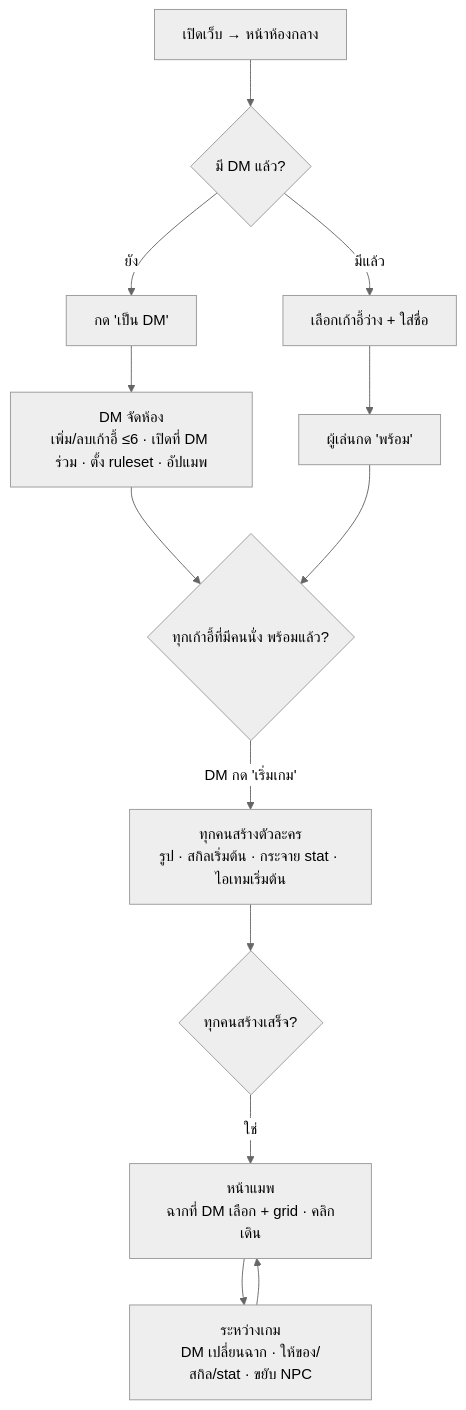
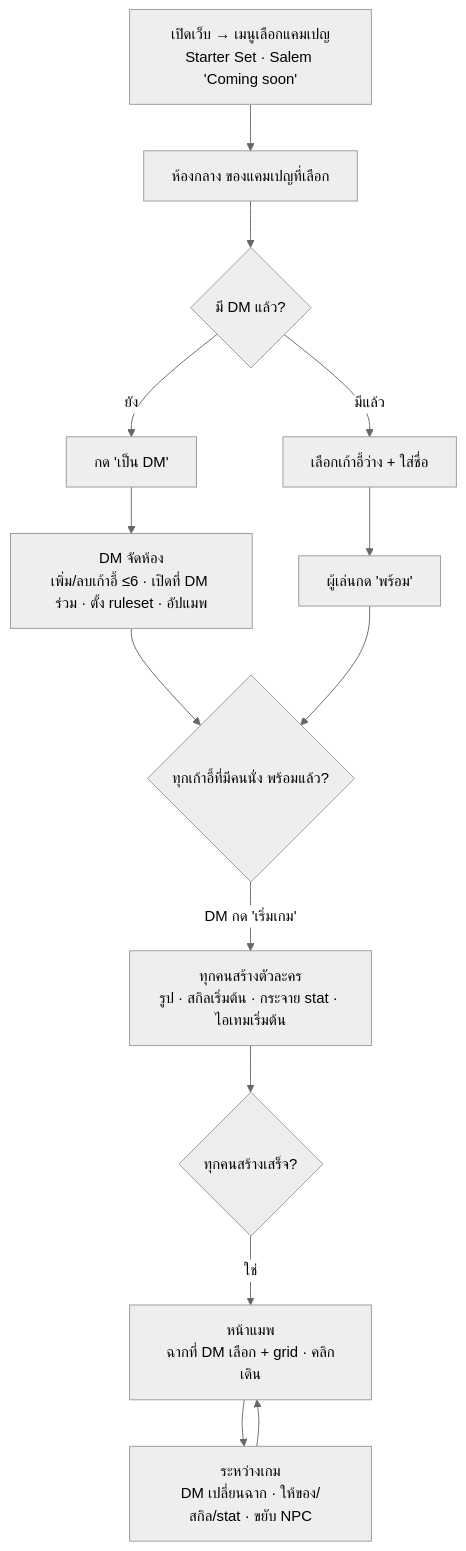
Before and after one commit to Shinnamon-Roll/project-D-D: the first of 2 diagrams in docs/design/web-flow.md, drawn with Mermaid (neutral theme). The commit also changed other lines of this file and 10 other files, not shown here.

````diff
--- a/docs/design/web-flow.md
+++ b/docs/design/web-flow.md
@@ -20,15 +20,16 @@
 ```mermaid
 flowchart TD
-  A[เปิดเว็บ → หน้าห้องกลาง] --> B{มี DM แล้ว?}
+  M[เปิดเว็บ → เมนูเลือกแคมเปญ<br/>Starter Set · Salem 'Coming soon'] --> A
+  A[ห้องกลาง ของแคมเปญที่เลือก] --> B{มี DM แล้ว?}
   B -- ยัง --> C[กด 'เป็น DM']
   B -- มีแล้ว --> D[เลือกเก้าอี้ว่าง + ใส่ชื่อ]
   C --> E[DM จัดห้อง<br/>เพิ่ม/ลบเก้าอี้ ≤6 · เปิดที่ DM ร่วม · ตั้ง ruleset · อัปแมพ]
   D --> F[ผู้เล่นกด 'พร้อม']
   E --> G{ทุกเก้าอี้ที่มีคนนั่ง พร้อมแล้ว?}
   F --> G
   G -- DM กด 'เริ่มเกม' --> H[ทุกคนสร้างตัวละคร<br/>รูป · สกิลเริ่มต้น · กระจาย stat · ไอเทมเริ่มต้น]
   H --> I{ทุกคนสร้างเสร็จ?}
   I -- ใช่ --> J[หน้าแมพ<br/>ฉากที่ DM เลือก + grid · คลิกเดิน]
   J --> K[ระหว่างเกม<br/>DM เปลี่ยนฉาก · ให้ของ/สกิล/stat · ขยับ NPC]
   K --> J
 ```
````
